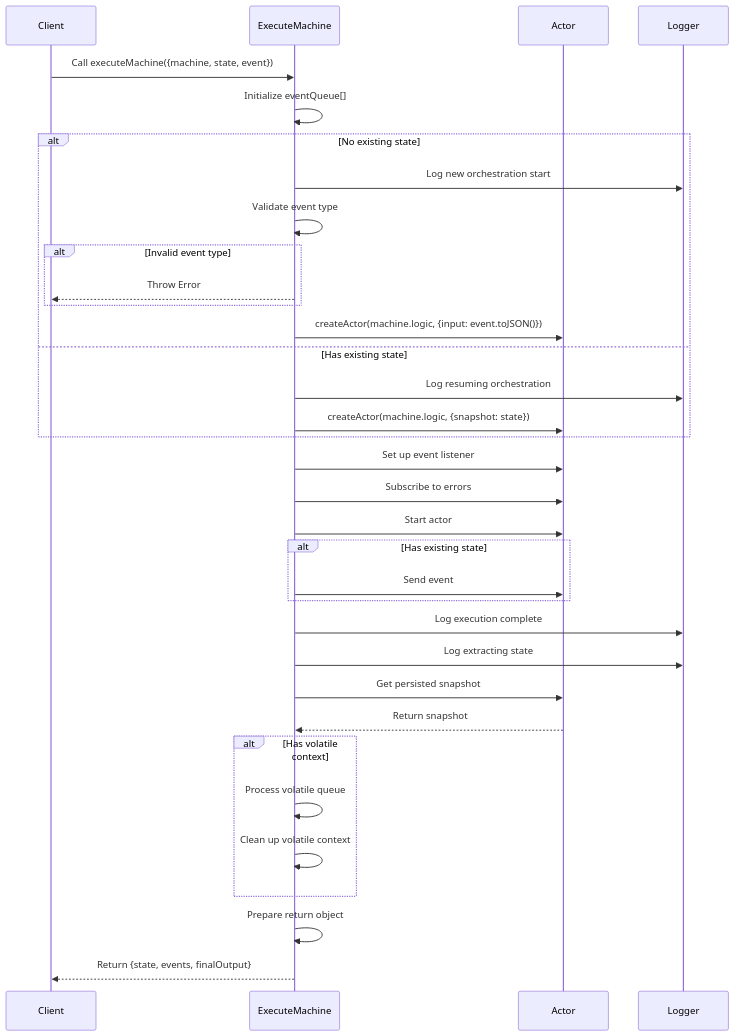
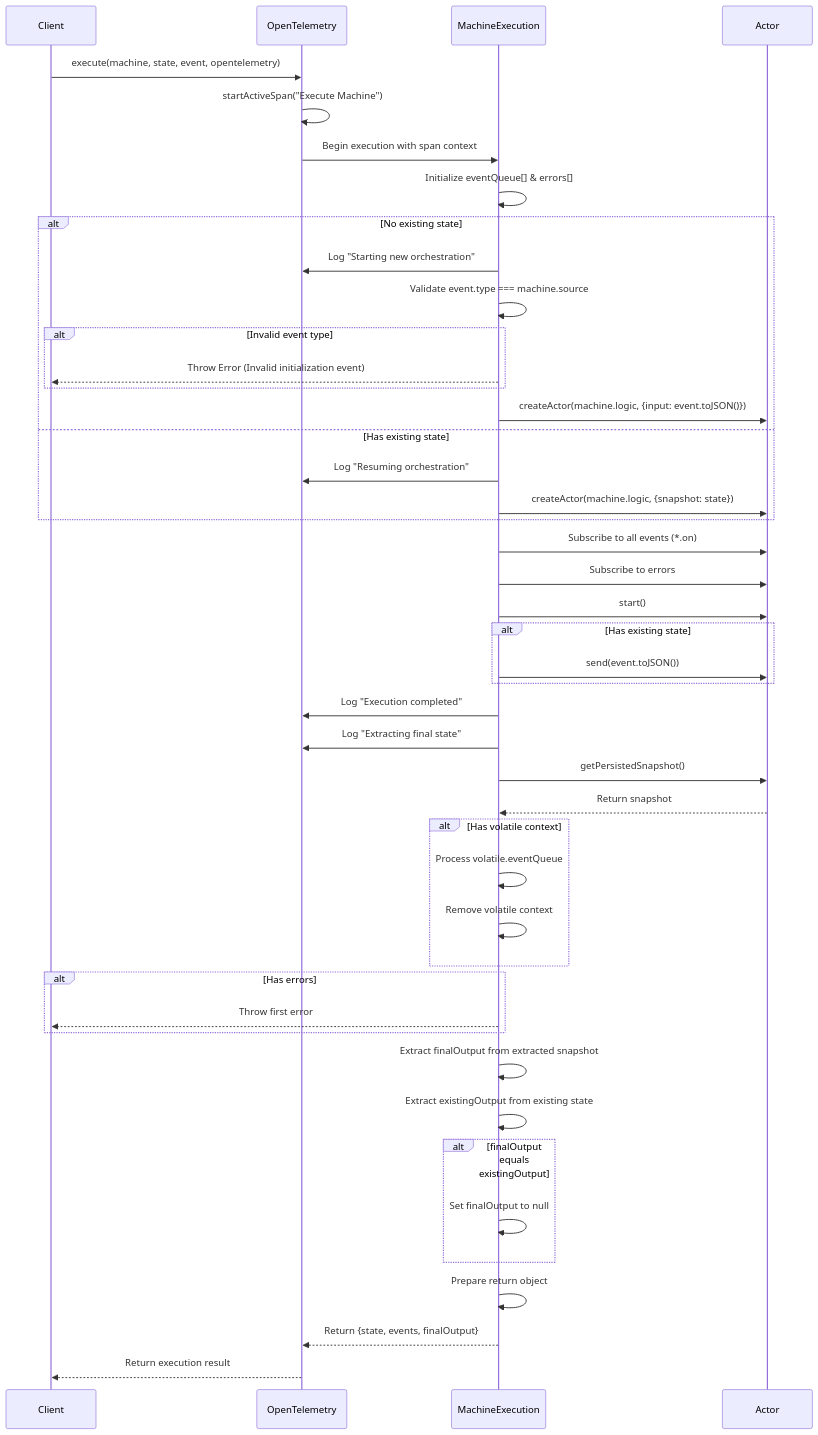
One commit to SaadAhmad123/arvo-xstate changed the second of 2 diagrams in src/MachineExecutionEngine/ExecutionDiagrams.md. Above: the diagram before and after it, drawn with Mermaid. The commit also changed other lines of this file and 83 other files, not shown here.

````diff
--- a/src/MachineExecutionEngine/ExecutionDiagrams.md
+++ b/src/MachineExecutionEngine/ExecutionDiagrams.md
@@ -53,44 +82,57 @@
 ```mermaid
 sequenceDiagram
-   participant C as Client
-   participant EM as ExecuteMachine
-   participant A as Actor
-   participant L as Logger
-
-   C->>EM: Call executeMachine({machine, state, event})
-   EM->>EM: Initialize eventQueue[]
-
-   alt No existing state
-       EM->>L: Log new orchestration start
-       EM->>EM: Validate event type
-       alt Invalid event type
-           EM-->>C: Throw Error
-       end
-       EM->>A: createActor(machine.logic, {input: event.toJSON()})
-   else Has existing state
-       EM->>L: Log resuming orchestration
-       EM->>A: createActor(machine.logic, {snapshot: state})
-   end
-
-   EM->>A: Set up event listener
-   EM->>A: Subscribe to errors
-   EM->>A: Start actor
-
-   alt Has existing state
-       EM->>A: Send event
-   end
-
-   EM->>L: Log execution complete
-   EM->>L: Log extracting state
-
-   EM->>A: Get persisted snapshot
-   A-->>EM: Return snapshot
-
-   alt Has volatile context
-       EM->>EM: Process volatile queue
-       EM->>EM: Clean up volatile context
-   end
-
-   EM->>EM: Prepare return object
-   EM-->>C: Return {state, events, finalOutput}
+    participant C as Client
+    participant OT as OpenTelemetry
+    participant ME as MachineExecution
+    participant A as Actor
+    
+    C->>OT: execute(machine, state, event, opentelemetry)
+    OT->>OT: startActiveSpan("Execute Machine")
+    OT->>ME: Begin execution with span context
+    
+    ME->>ME: Initialize eventQueue[] & errors[]
+    
+    alt No existing state
+        ME->>OT: Log "Starting new orchestration"
+        ME->>ME: Validate event.type === machine.source
+        alt Invalid event type
+            ME-->>C: Throw Error (Invalid initialization event)
+        end
+        ME->>A: createActor(machine.logic, {input: event.toJSON()})
+    else Has existing state
+        ME->>OT: Log "Resuming orchestration"
+        ME->>A: createActor(machine.logic, {snapshot: state})
+    end
+    
+    ME->>A: Subscribe to all events (*.on)
+    ME->>A: Subscribe to errors
+    ME->>A: start()
+    
+    alt Has existing state
+        ME->>A: send(event.toJSON())
+    end
+    
+    ME->>OT: Log "Execution completed"
+    ME->>OT: Log "Extracting final state"
+    ME->>A: getPersistedSnapshot()
+    A-->>ME: Return snapshot
+    
+    alt Has volatile context
+        ME->>ME: Process volatile.eventQueue
+        ME->>ME: Remove volatile context
+    end
+    
+    alt Has errors
+        ME-->>C: Throw first error
+    end
+    
+    ME->>ME: Extract finalOutput from extracted snapshot
+    ME->>ME: Extract existingOutput from existing state
+    alt finalOutput equals existingOutput
+        ME->>ME: Set finalOutput to null
+    end
+    
+    ME->>ME: Prepare return object
+    ME-->>OT: Return {state, events, finalOutput}
+    OT-->>C: Return execution result
 ```
````
